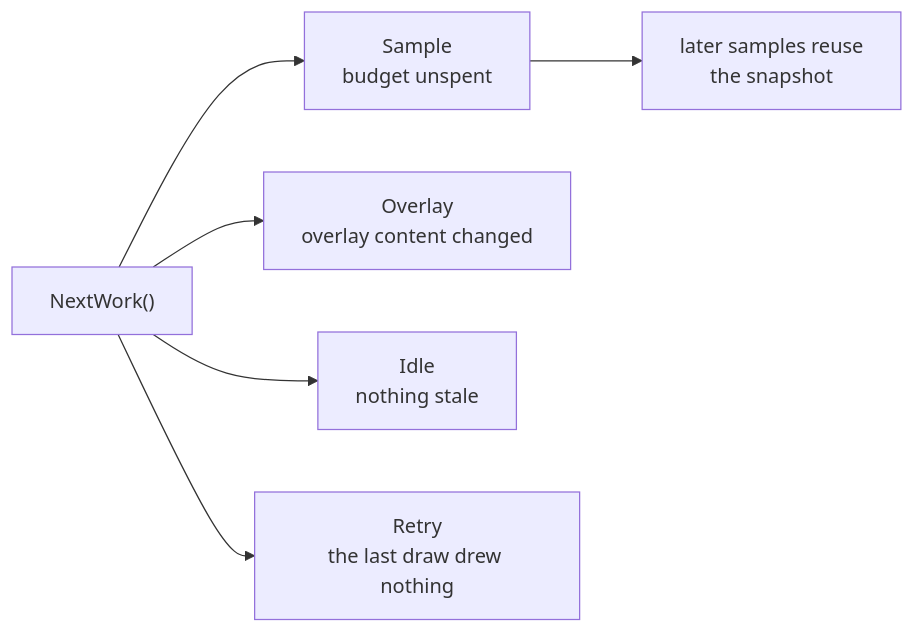
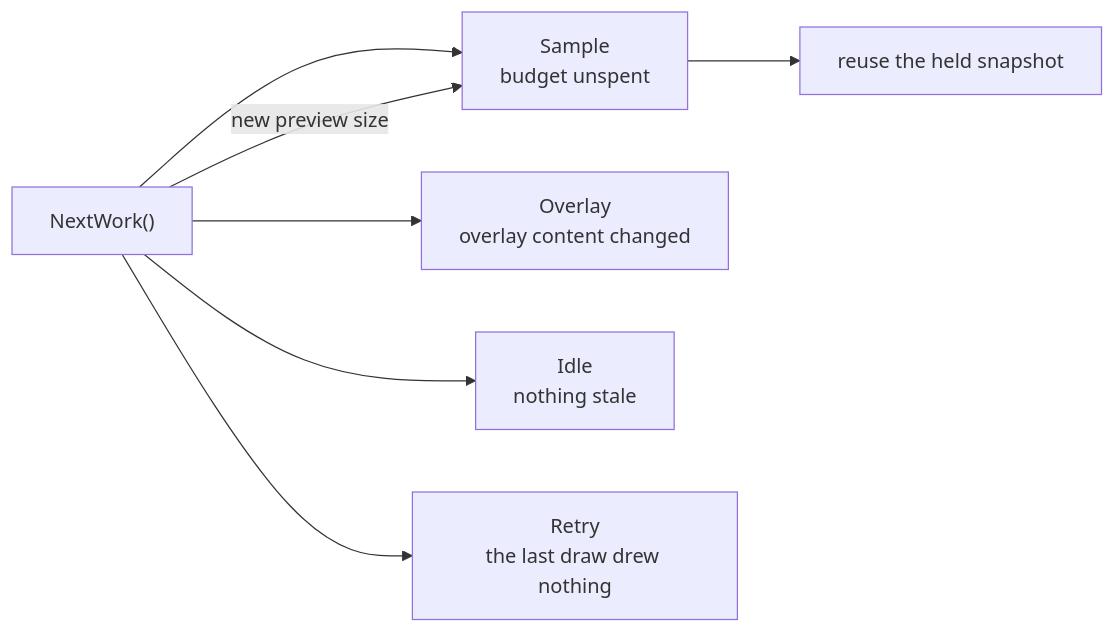
One commit to XDzZyq/Neurus changed the diagram in docs/render/temporal.md. Above: the diagram before and after it, drawn with Mermaid. The commit also changed other lines of this file and 35 other files, not shown here.

````diff
--- a/docs/render/temporal.md
+++ b/docs/render/temporal.md
@@ -11,9 +11,10 @@
 ```mermaid
 flowchart LR
     next["NextWork()"] --> sample["Sample<br/>budget unspent"]
     next --> overlay["Overlay<br/>overlay content changed"]
+    next -->|new preview size| sample
     next --> idle["Idle<br/>nothing stale"]
     next --> retry["Retry<br/>the last draw drew nothing"]
 
-    sample --> reuse["later samples reuse<br/>the snapshot"]
+    sample --> reuse["reuse the held snapshot"]
 ```
````
